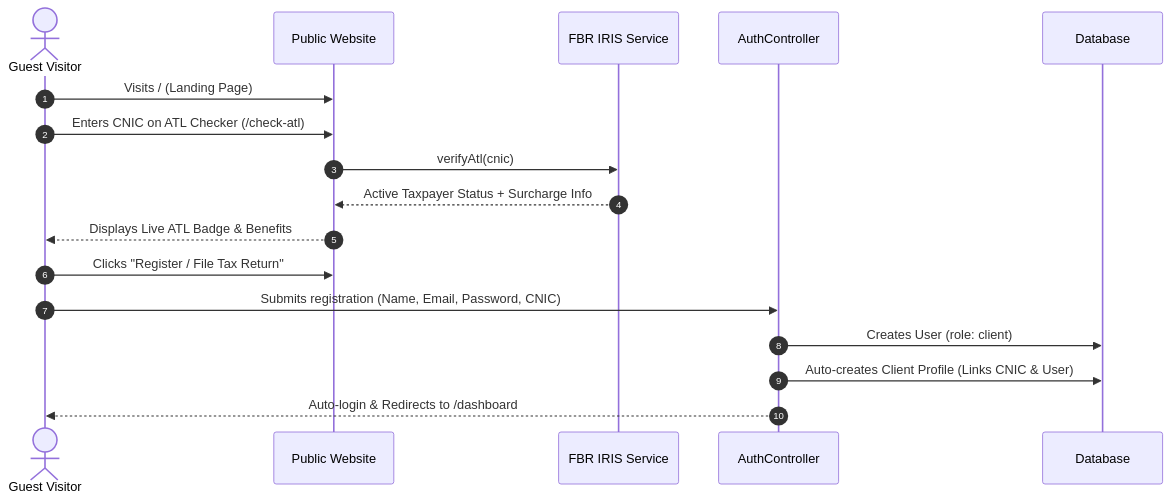
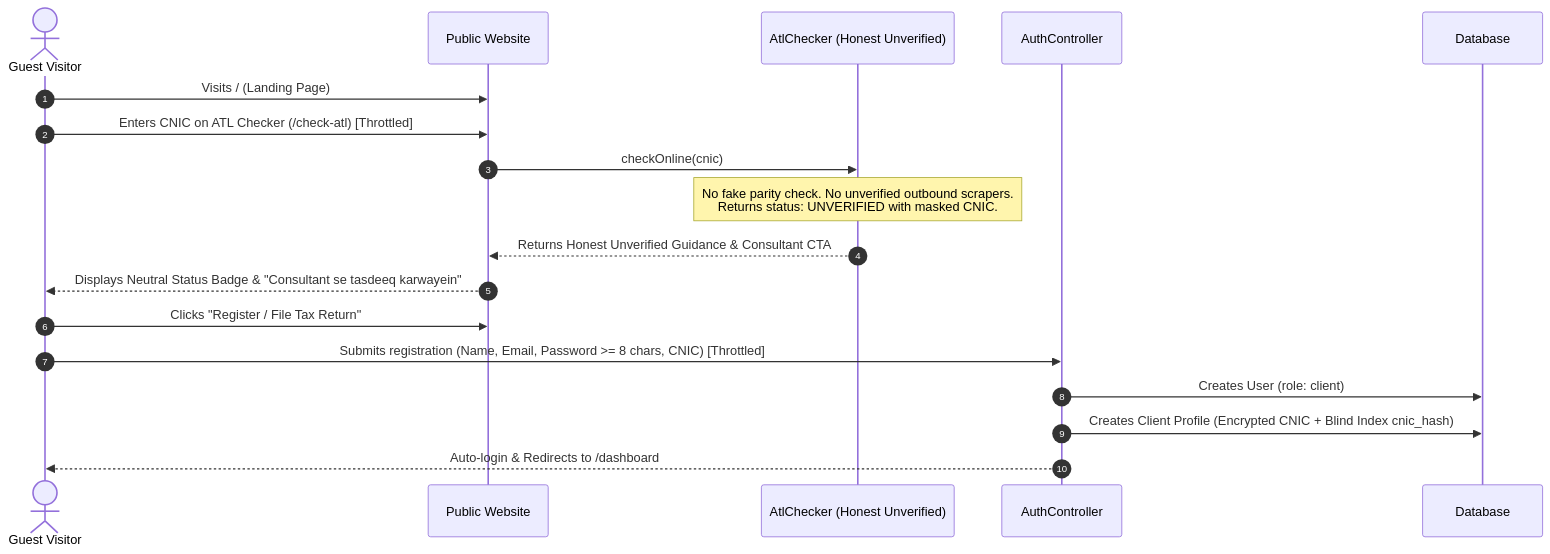
Before and after one commit to mouz313/Taxflilling: the third of 9 diagrams in APPLICATION_FLOW.md, drawn with Mermaid. The commit also changed other lines of this file and 14 other files, not shown here.

````diff
--- a/APPLICATION_FLOW.md
+++ b/APPLICATION_FLOW.md
@@ -125,21 +145,22 @@
 ```mermaid
 sequenceDiagram
     autonumber
     actor Visitor as Guest Visitor
     participant Web as Public Website
-    participant FBR as FBR IRIS Service
+    participant FBR as AtlChecker (Honest Unverified)
     participant Auth as AuthController
     participant DB as Database
 
     Visitor->>Web: Visits / (Landing Page)
-    Visitor->>Web: Enters CNIC on ATL Checker (/check-atl)
-    Web->>FBR: verifyAtl(cnic)
-    FBR-->>Web: Active Taxpayer Status + Surcharge Info
-    Web-->>Visitor: Displays Live ATL Badge & Benefits
+    Visitor->>Web: Enters CNIC on ATL Checker (/check-atl) [Throttled]
+    Web->>FBR: checkOnline(cnic)
+    Note over FBR: No fake parity check. No unverified outbound scrapers.<br/>Returns status: UNVERIFIED with masked CNIC.
+    FBR-->>Web: Returns Honest Unverified Guidance & Consultant CTA
+    Web-->>Visitor: Displays Neutral Status Badge & "Consultant se tasdeeq karwayein"
 
     Visitor->>Web: Clicks "Register / File Tax Return"
-    Visitor->>Auth: Submits registration (Name, Email, Password, CNIC)
+    Visitor->>Auth: Submits registration (Name, Email, Password >= 8 chars, CNIC) [Throttled]
     Auth->>DB: Creates User (role: client)
-    Auth->>DB: Auto-creates Client Profile (Links CNIC & User)
+    Auth->>DB: Creates Client Profile (Encrypted CNIC + Blind Index cnic_hash)
     Auth-->>Visitor: Auto-login & Redirects to /dashboard
 ```
````
